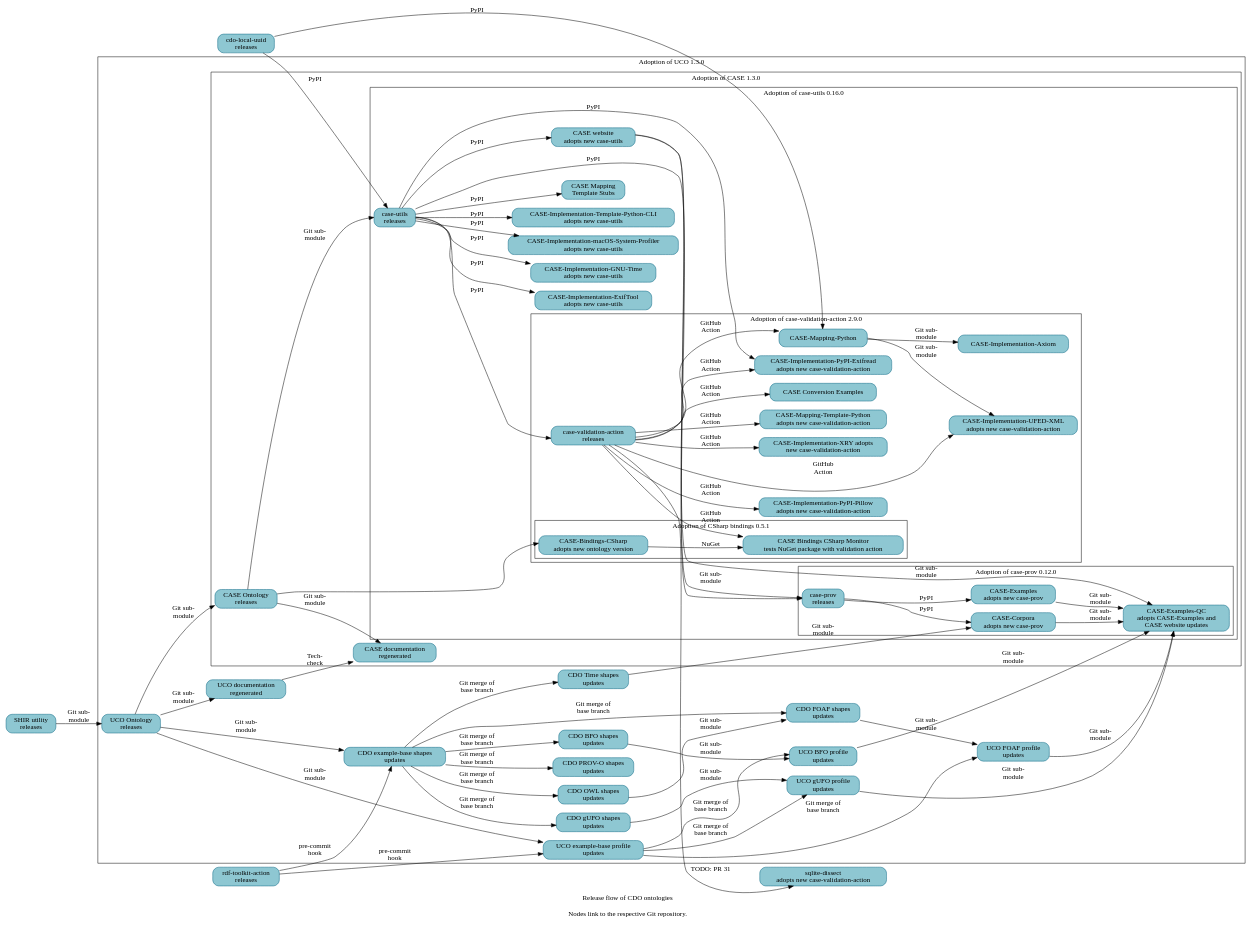
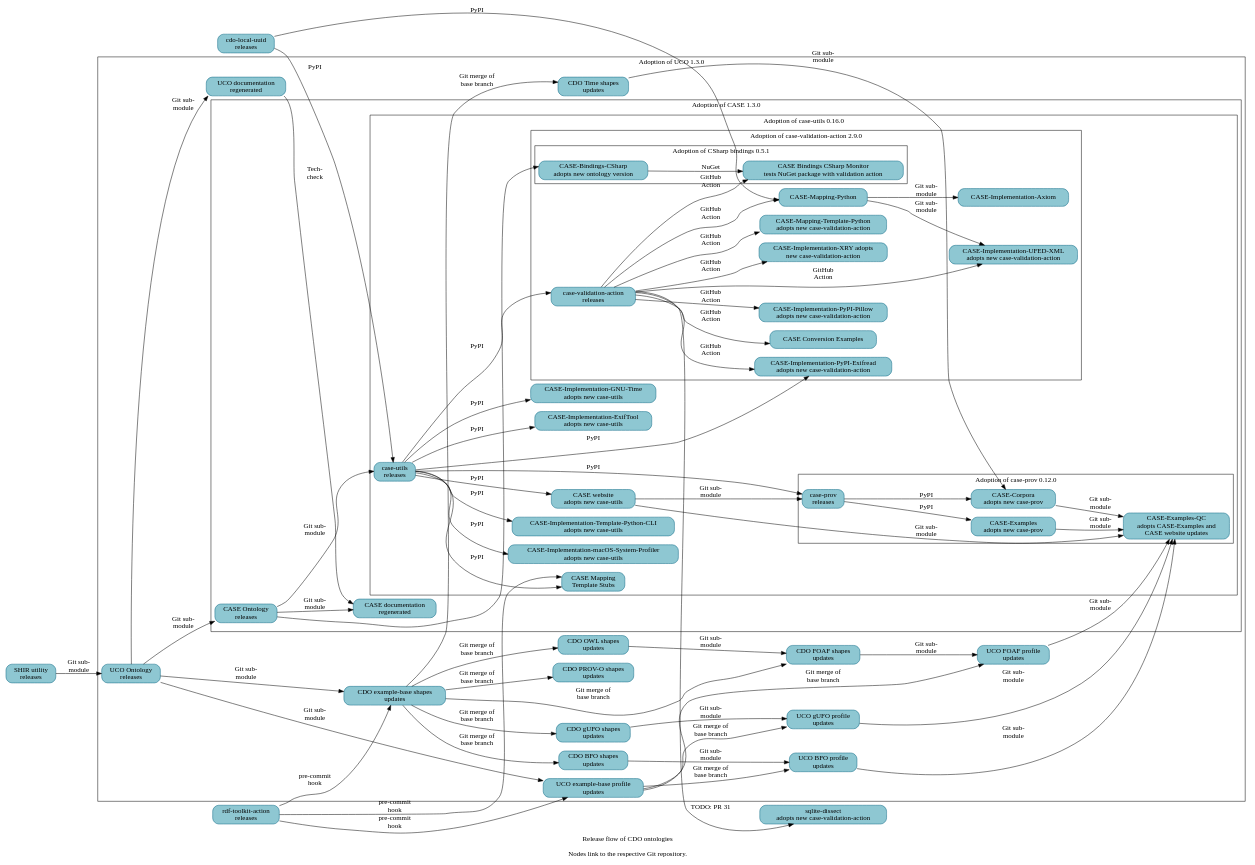
The diagram in resources/project_release_flow.dot (Cyber-Domain-Ontology/cdo.github.io), drawn with Graphviz before and after one commit.

Commit message:
Link rdf-toolkit-action into supply chain for CASE-Mapping-Template-Stubs; sort
A follow-on patch will regenerate Make-managed files.

```diff
--- a/resources/project_release_flow.dot
+++ b/resources/project_release_flow.dot
@@ -96,16 +96,17 @@
   _GH__CASEWORK__CASE_UTILITIES_PYTHON -> _GH__CASEWORK__CASE_IMPLEMENTATION_PROV_O [label="PyPI"] ;
   _GH__CASEWORK__CASE_UTILITIES_PYTHON -> _GH__CASEWORK__CASE_IMPLEMENTATION_PYPI_EXIFREAD [label="PyPI"] ;
   _GH__CASEWORK__CASE_UTILITIES_PYTHON -> _GH__CASEWORK__CASE_IMPLEMENTATION_TEMPLATE_PYTHON_CLI [label="PyPI"];
+  _GH__CASEWORK__CASE_UTILITIES_PYTHON -> _GH__CASEWORK__CASE_MAPPING_TEMPLATE_STUBS [label="PyPI"] ;
+  _GH__CASEWORK__CASE_UTILITIES_PYTHON -> _GH__CASEWORK__CASEWORK_GITHUB_IO [label="PyPI"] ;
   _GH__CASEWORK__CASE_UTILITIES_PYTHON -> _GH__KCHASON__CASE_VALIDATION_ACTION [label="PyPI"] ;
-  _GH__CASEWORK__CASE_UTILITIES_PYTHON -> _GH__CASEWORK__CASEWORK_GITHUB_IO [label="PyPI"] ;
   _GH__CASEWORK__CASE_UTILITY_SHACL_INHERITANCE_REVIEWER -> _GH__UCOPROJECT__UCO [label="Git sub-\nmodule"] ;
   _GH__CASEWORK__CASEWORK_GITHUB_IO -> _GH__AJNELSON_NIST__CASE_EXAMPLES_QC [label="Git sub-\nmodule"] ;
+  _GH__CASEWORK__RDF_TOOLKIT_ACTION -> _GH__CASEWORK__CASE_MAPPING_TEMPLATE_STUBS [label="pre-commit\nhook"] ;
   _GH__CASEWORK__RDF_TOOLKIT_ACTION -> _GH__CYBER_DOMAIN_ONTOLOGY__CDO_SHAPES_EXAMPLE [label="pre-commit\nhook"] ;
   _GH__CASEWORK__RDF_TOOLKIT_ACTION -> _GH__UCOPROJECT__UCO_PROFILE_EXAMPLE [label="pre-commit\nhook"] ;
   _GH__CIPHERTECHSOLUTIONS__CASE_BINDINGS_CSHARP -> _GH__CASEWORK__CASE_BINDINGS_CSHARP_MONITOR [label="NuGet"] ;
   _GH__CYBER_DOMAIN_ONTOLOGY__CDO_UTILITY_LOCAL_UUID -> _GH__CASEWORK__CASE_MAPPING_PYTHON [label="PyPI"] ;
   _GH__CYBER_DOMAIN_ONTOLOGY__CDO_UTILITY_LOCAL_UUID -> _GH__CASEWORK__CASE_UTILITIES_PYTHON [label="PyPI"] ;
-  _GH__CASEWORK__CASE_UTILITIES_PYTHON -> _GH__CASEWORK__CASE_MAPPING_TEMPLATE_STUBS [label="PyPI"] ;
   _GH__CYBER_DOMAIN_ONTOLOGY__CDO_SHAPES_BFO -> _GH__UCOPROJECT__UCO_PROFILE_BFO [label="Git sub-\nmodule"] ;
   _GH__CYBER_DOMAIN_ONTOLOGY__CDO_SHAPES_EXAMPLE -> _GH__CYBER_DOMAIN_ONTOLOGY__CDO_SHAPES_BFO [label="Git merge of\nbase branch"] ;
   _GH__CYBER_DOMAIN_ONTOLOGY__CDO_SHAPES_EXAMPLE -> _GH__CYBER_DOMAIN_ONTOLOGY__CDO_SHAPES_FOAF [label="Git merge of\nbase branch"] ;
```
